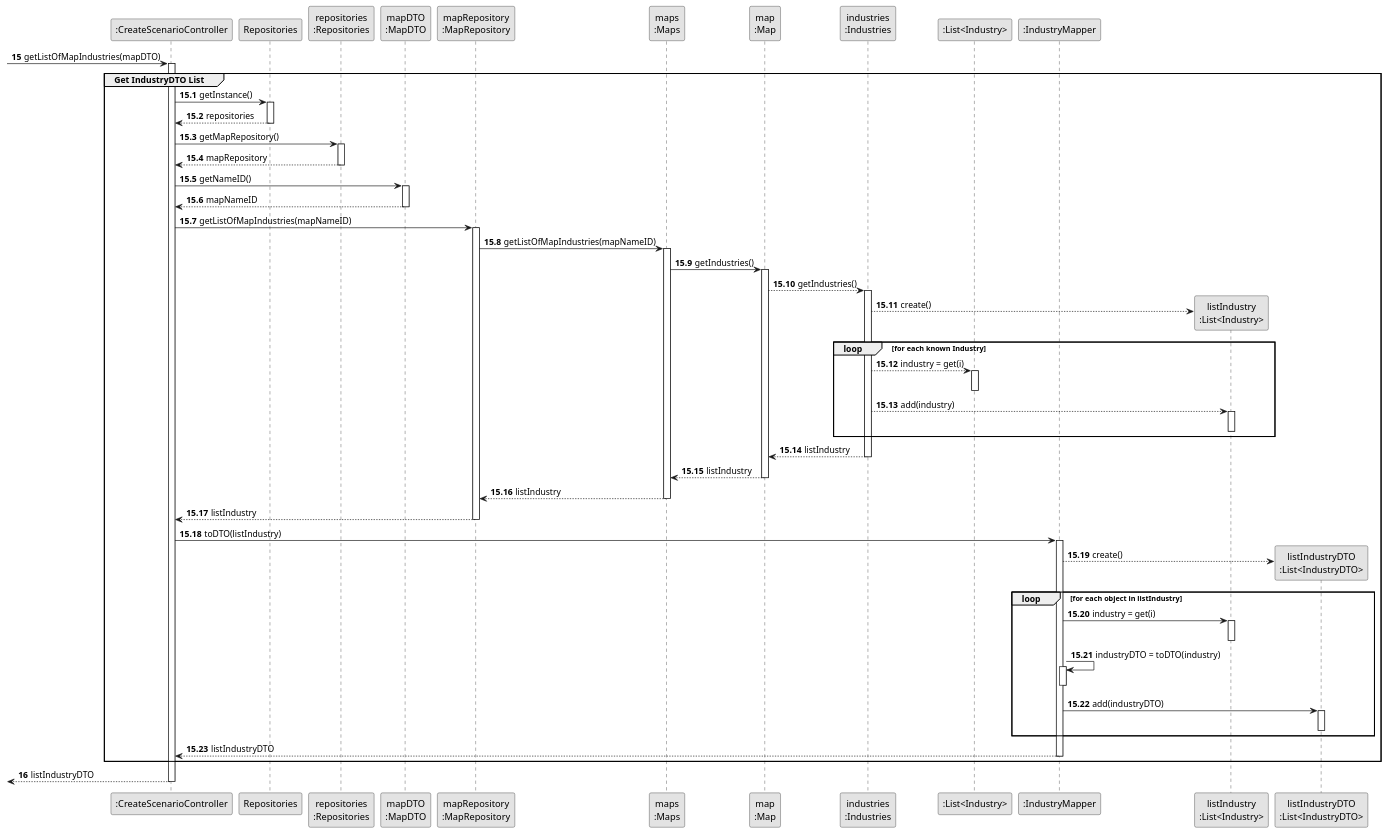
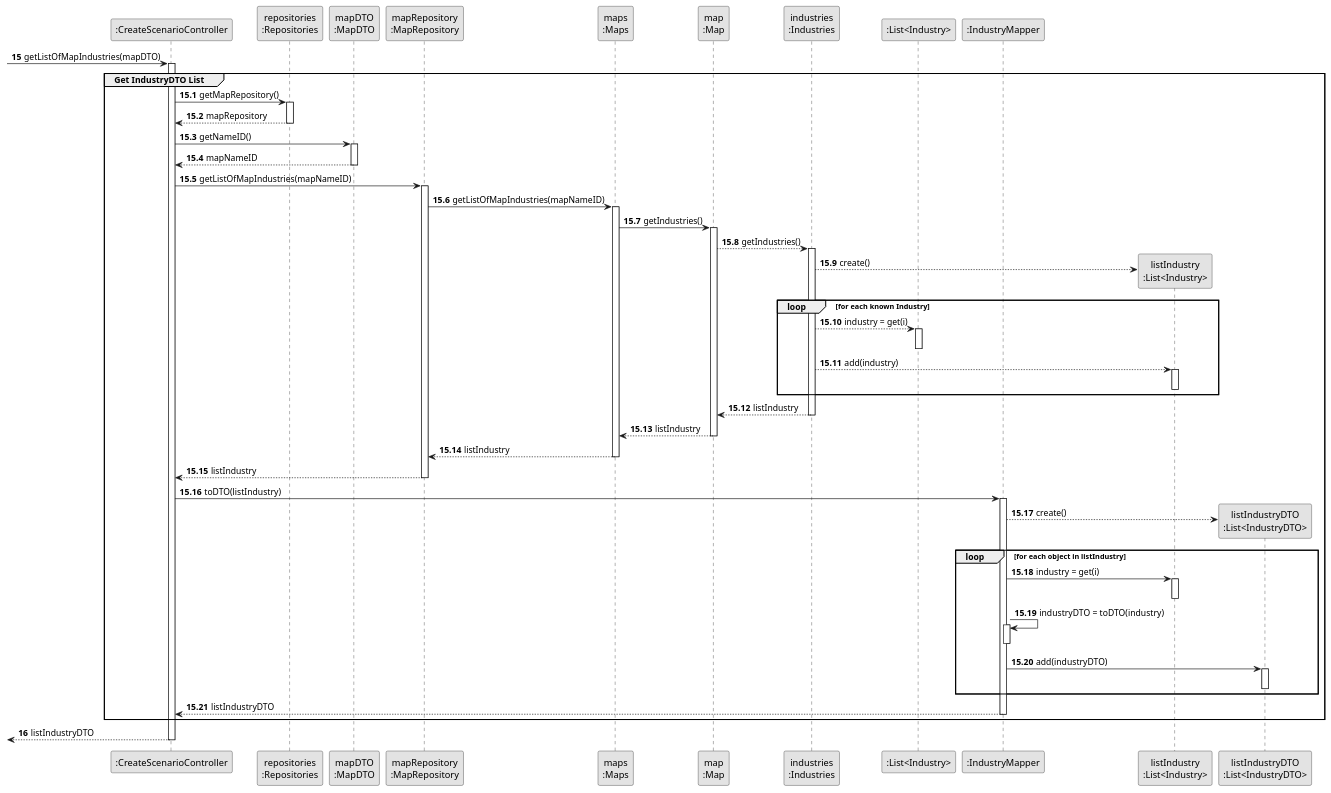
The diagram in docs/system-documentation/Sprint 3/US04/03.design/puml/US04-SD-partial-Get-IndustryDTO-List.puml (HenriqueSilva18/Railway-Network-Simulator), drawn with PlantUML before and after one commit. The commit also changed 16 other files, not shown here.

```diff
--- a/docs/system-documentation/Sprint 3/US04/03.design/puml/US04-SD-partial-Get-IndustryDTO-List.puml
+++ b/docs/system-documentation/Sprint 3/US04/03.design/puml/US04-SD-partial-Get-IndustryDTO-List.puml
@@ -1,108 +1,102 @@
 @startuml
 skinparam monochrome true
 skinparam packageStyle rectangle
 skinparam shadowing false
 
 participant ":CreateScenarioController" as CTRL
-participant "Repositories" as REPOS
 participant "repositories\n:Repositories" as REPOS_SINGLETON
 participant "mapDTO\n:MapDTO" as MAP_DTO
 participant "mapRepository\n:MapRepository" as MAP_REPO
 participant "maps\n:Maps" as MAPS
 participant "map\n:Map" as MAP
 participant "industries\n:Industries" as INDS
 participant ":List<Industry>" as LIST
 participant ":IndustryMapper" as IND_MAPPER
 participant "listIndustry\n:List<Industry>" as IND_LIST
 participant "listIndustryDTO\n:List<IndustryDTO>" as IND_LIST_DTO
 
 autonumber 15
 -> CTRL: getListOfMapIndustries(mapDTO)
 
 autonumber 15.1
 activate CTRL
     group Get IndustryDTO List
-
-        CTRL -> REPOS : getInstance()
-        activate REPOS
-            REPOS --> CTRL: repositories
-        deactivate REPOS
 
         CTRL -> REPOS_SINGLETON: getMapRepository()
         activate REPOS_SINGLETON
             REPOS_SINGLETON --> CTRL: mapRepository
         deactivate REPOS_SINGLETON
 
         CTRL -> MAP_DTO: getNameID()
         activate MAP_DTO
             MAP_DTO --> CTRL: mapNameID
         deactivate MAP_DTO
 
         CTRL -> MAP_REPO: getListOfMapIndustries(mapNameID)
         activate MAP_REPO
 
         MAP_REPO -> MAPS: getListOfMapIndustries(mapNameID)
         activate MAPS
 
         MAPS -> MAP: getIndustries()
         activate MAP
 
             MAP --> INDS: getIndustries()
             activate INDS
                 INDS --> IND_LIST**: create()
 
                 loop for each known Industry
 
                     INDS --> LIST: industry = get(i)
                     activate LIST
                         deactivate LIST
 
                     INDS --> IND_LIST: add(industry)
                     activate IND_LIST
                         deactivate IND_LIST
 
                 end
 
             INDS --> MAP: listIndustry
             deactivate INDS
 
             MAP --> MAPS: listIndustry
             deactivate MAP
 
         MAPS --> MAP_REPO: listIndustry
         deactivate MAPS
 
         MAP_REPO --> CTRL: listIndustry
         deactivate MAP_REPO
 
 
         CTRL -> IND_MAPPER: toDTO(listIndustry)
         activate IND_MAPPER
 
             IND_MAPPER --> IND_LIST_DTO**: create()
 
             loop for each object in listIndustry
                 IND_MAPPER -> IND_LIST: industry = get(i)
                 activate IND_LIST
                     deactivate IND_LIST
 
                 IND_MAPPER -> IND_MAPPER: industryDTO = toDTO(industry)
                 activate IND_MAPPER
                     deactivate IND_MAPPER
 
                 IND_MAPPER -> IND_LIST_DTO: add(industryDTO)
                 activate IND_LIST_DTO
                     deactivate IND_LIST_DTO
             end
 
         IND_MAPPER --> CTRL: listIndustryDTO
         deactivate IND_MAPPER
 
     end
 
     autonumber 16
     <-- CTRL : listIndustryDTO
 deactivate CTRL
 
 
 @enduml
```
